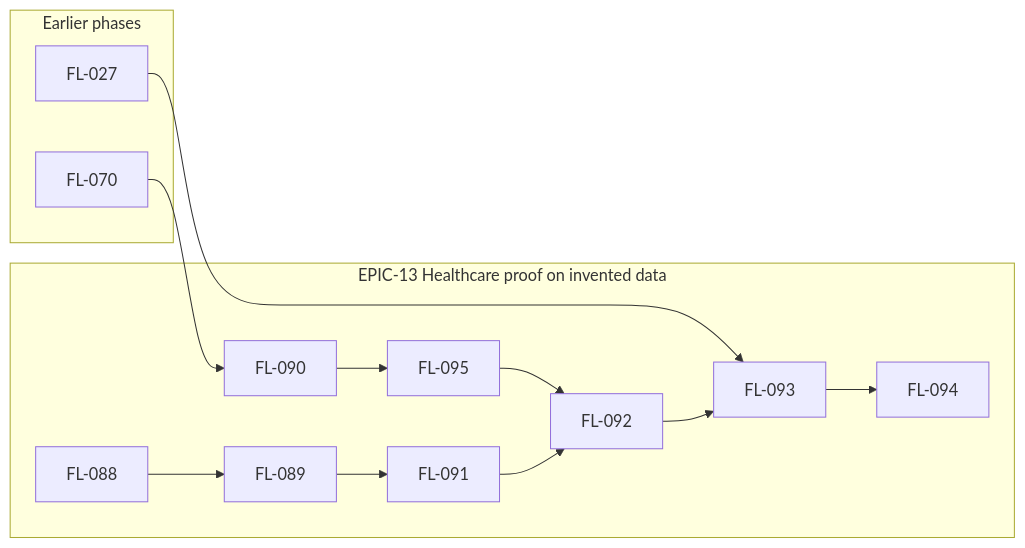
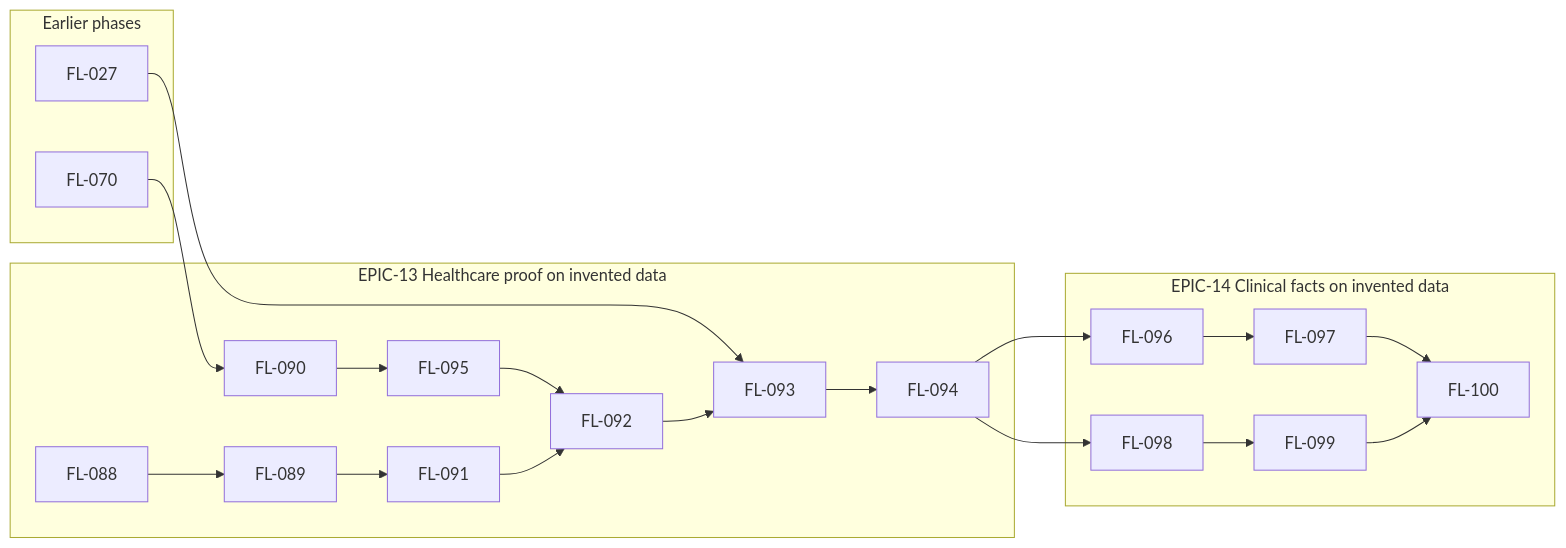
One commit to Enriquez-Johnmark/factloom changed the third of 3 diagrams in docs/roadmap/ROADMAP.md. Above: the diagram before and after it, drawn with Mermaid. The commit also changed other lines of this file and 4 other files, not shown here.

Commit message:
docs(roadmap): add EPIC-14, clinical facts on invented data, with FL-096 to FL-100

````diff
--- a/docs/roadmap/ROADMAP.md
+++ b/docs/roadmap/ROADMAP.md
@@ -522,26 +528,39 @@
 ```mermaid
 flowchart LR
   subgraph EPIC13["EPIC-13 Healthcare proof on invented data"]
     FL088["FL-088"]
     FL089["FL-089"]
     FL090["FL-090"]
     FL091["FL-091"]
     FL092["FL-092"]
     FL093["FL-093"]
     FL094["FL-094"]
     FL095["FL-095"]
+  end
+  subgraph EPIC14["EPIC-14 Clinical facts on invented data"]
+    FL096["FL-096"]
+    FL097["FL-097"]
+    FL098["FL-098"]
+    FL099["FL-099"]
+    FL100["FL-100"]
   end
   subgraph EARLIER["Earlier phases"]
     FL027["FL-027"]
     FL070["FL-070"]
   end
   FL088 --> FL089
   FL070 --> FL090
   FL089 --> FL091
   FL095 --> FL092
   FL091 --> FL092
   FL092 --> FL093
   FL027 --> FL093
   FL093 --> FL094
   FL090 --> FL095
+  FL094 --> FL096
+  FL096 --> FL097
+  FL094 --> FL098
+  FL098 --> FL099
+  FL099 --> FL100
+  FL097 --> FL100
 ```
````
